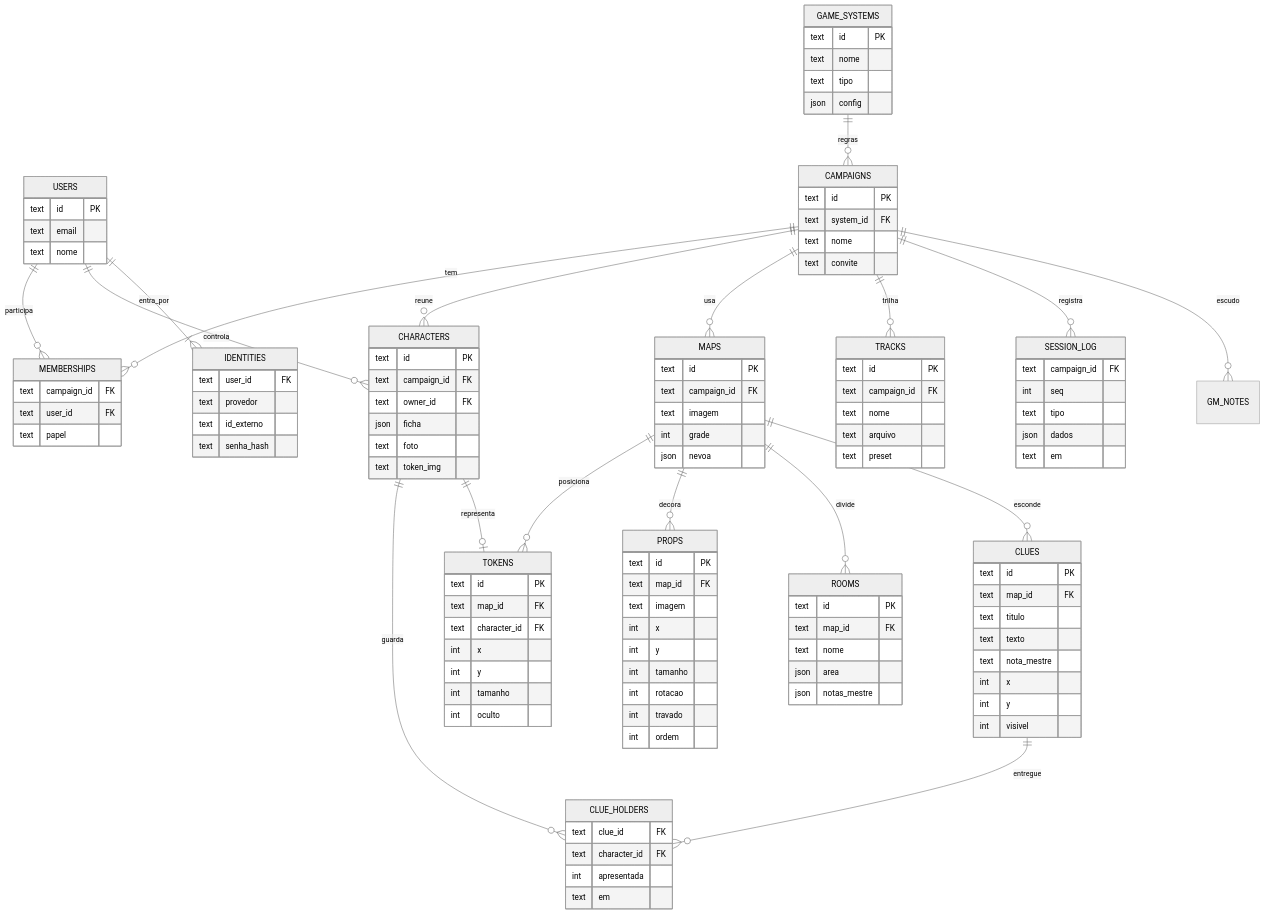
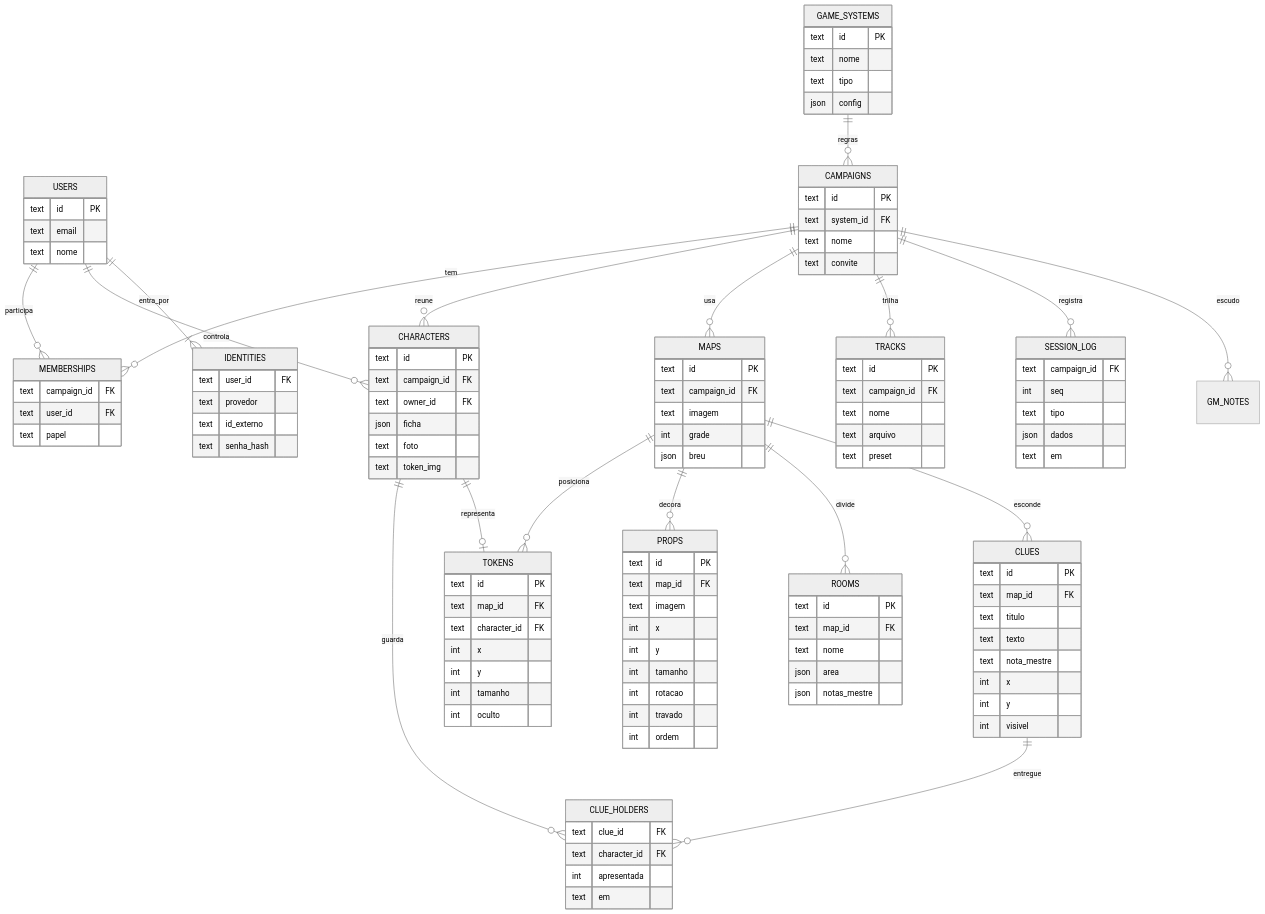
One commit to guilhermeamcarvalho/limiar-rpg changed the diagram in docs/arquitetura-tecnica.md. Above: the diagram before and after it, drawn with Mermaid (neutral theme). The commit also changed other lines of this file and 64 other files, not shown here.

```diff
--- a/docs/arquitetura-tecnica.md
+++ b/docs/arquitetura-tecnica.md
@@ -254,7 +256,7 @@
     text campaign_id FK
     text imagem
     int grade
-    json nevoa
+    json breu
   }
   TOKENS {
     text id PK
```
